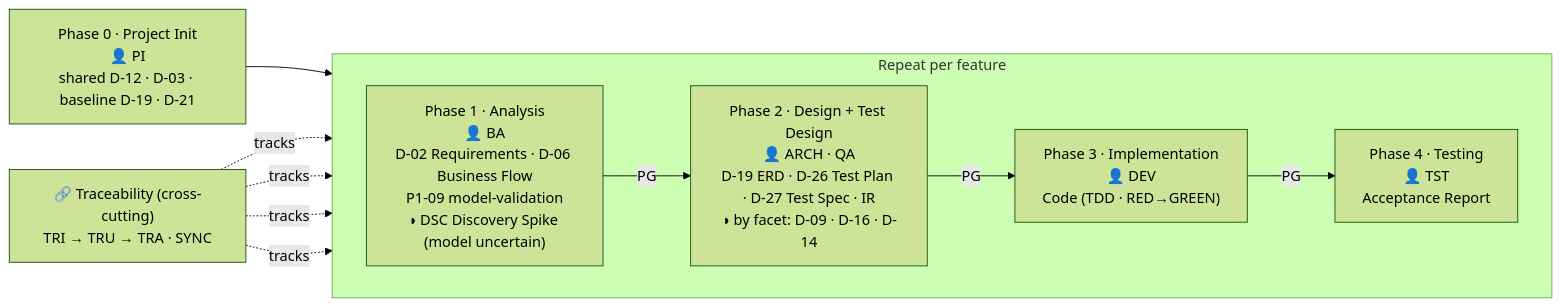
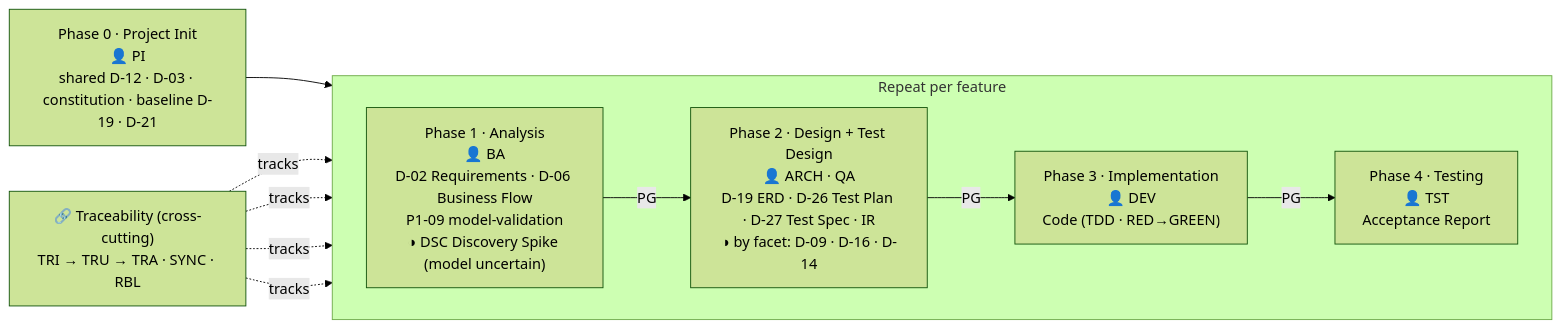
Before and after one commit to hanh9898/waterfall-bmad-method: the diagram in README.en.md, drawn with Mermaid (forest theme). The commit also changed other lines of this file and 4 other files, not shown here.

````diff
--- a/README.en.md
+++ b/README.en.md
@@ -114,18 +114,18 @@
 ```mermaid
 flowchart LR
-    P0["Phase 0 · Project Init<br/>👤 PI<br/>shared D-12 · D-03 · baseline D-19 · D-21"]
+    P0["Phase 0 · Project Init<br/>👤 PI<br/>shared D-12 · D-03 · constitution · baseline D-19 · D-21"]
 
     subgraph FEAT["Repeat per feature"]
         direction LR
         P1["Phase 1 · Analysis<br/>👤 BA<br/>D-02 Requirements · D-06 Business Flow<br/>P1-09 model-validation<br/>◑ DSC Discovery Spike (model uncertain)"]
         P2["Phase 2 · Design + Test Design<br/>👤 ARCH · QA<br/>D-19 ERD · D-26 Test Plan · D-27 Test Spec · IR<br/>◑ by facet: D-09 · D-16 · D-14"]
         P3["Phase 3 · Implementation<br/>👤 DEV<br/>Code (TDD · RED→GREEN)"]
         P4["Phase 4 · Testing<br/>👤 TST<br/>Acceptance Report"]
         P1 -->|PG| P2 -->|PG| P3 -->|PG| P4
     end
 
     P0 --> P1
 
-    TR["🔗 Traceability (cross-cutting)<br/>TRI → TRU → TRA · SYNC"]
+    TR["🔗 Traceability (cross-cutting)<br/>TRI → TRU → TRA · SYNC · RBL"]
     TR -.->|tracks| P1 & P2 & P3 & P4
 ```
````
